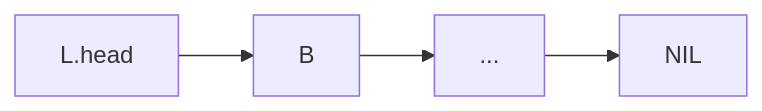
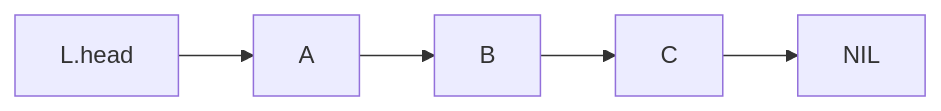
Before and after one commit to Eurydia/notes-singularity: the first of 4 diagrams in Computer science/Data structures/Linked list.md, drawn with Mermaid. The commit also changed other lines of this file and 4 other files, not shown here.

````diff
--- a/Computer science/Data structures/Linked list.md
+++ b/Computer science/Data structures/Linked list.md
@@ -34,4 +25,4 @@
-	```mermaid
-	flowchart LR
-		L.head-->B-->C[...]-->NIL
-	```
+```mermaid
+flowchart LR
+	L.head --> A --> B --> C --> NIL
+```
````
